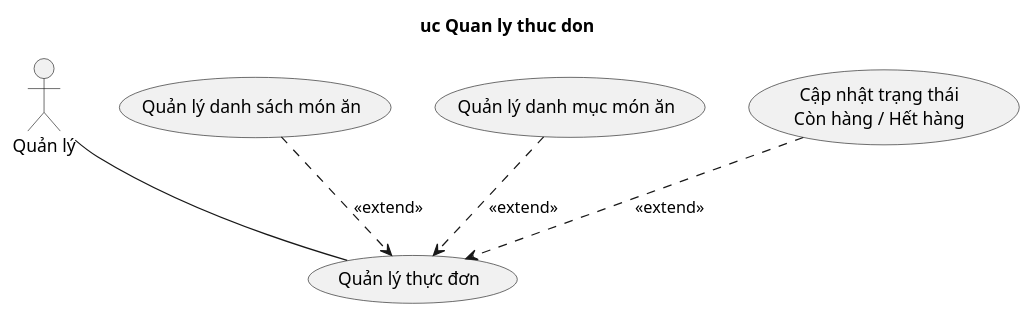
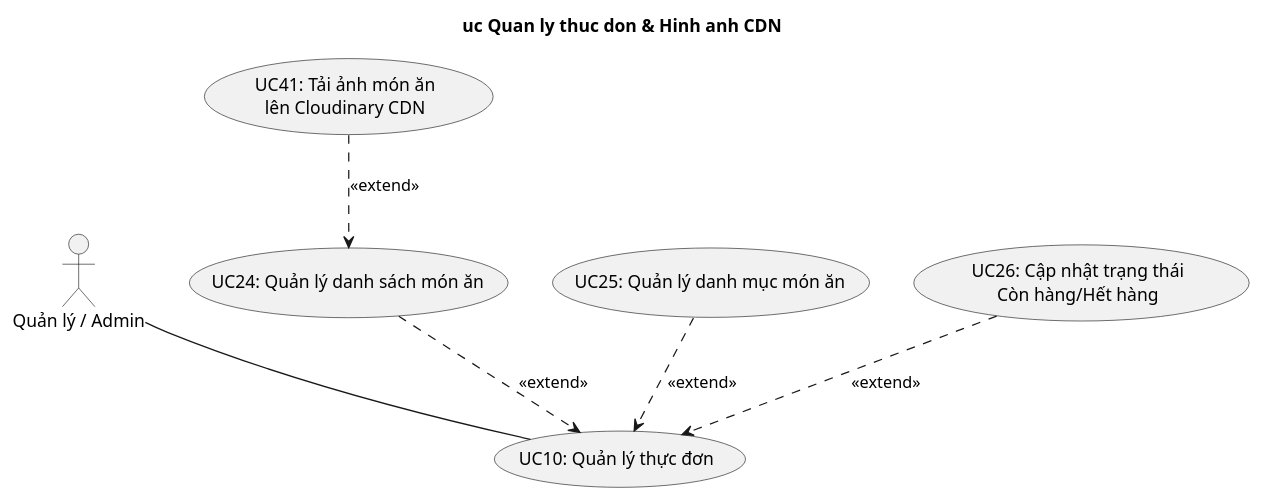
Before and after one commit to qu2nishere/HoaDiemCac-backend: the third of 9 diagrams in doc/DacTa_Chuong3_UseCase.md, drawn with PlantUML. The commit also changed other lines of this file and 2 other files, not shown here.

First line of the commit message:
docs(usecase): synchronize all 42 use cases with UC-new.pdf specifications

````diff
--- a/doc/DacTa_Chuong3_UseCase.md
+++ b/doc/DacTa_Chuong3_UseCase.md
@@ -192,17 +229,18 @@
 ```plantuml
 @startuml uc-quan-ly-thuc-don
-title uc Quan ly thuc don
+title uc Quan ly thuc don & Hinh anh CDN
+actor "Quản lý / Admin" as QL
 
-actor "Quản lý" as QL
-
-usecase "Quản lý thực đơn" as UC10
-usecase "Quản lý danh sách món ăn" as UC24
-usecase "Quản lý danh mục món ăn" as UC25
-usecase "Cập nhật trạng thái\nCòn hàng / Hết hàng" as UC26
+usecase "UC10: Quản lý thực đơn" as UC10
+usecase "UC24: Quản lý danh sách món ăn" as UC24
+usecase "UC25: Quản lý danh mục món ăn" as UC25
+usecase "UC26: Cập nhật trạng thái\nCòn hàng/Hết hàng" as UC26
+usecase "UC41: Tải ảnh món ăn\nlên Cloudinary CDN" as UC41
 
 QL -- UC10
 UC24 ..> UC10 : <<extend>>
 UC25 ..> UC10 : <<extend>>
 UC26 ..> UC10 : <<extend>>
+UC41 ..> UC24 : <<extend>>
 @enduml
 ```
````
